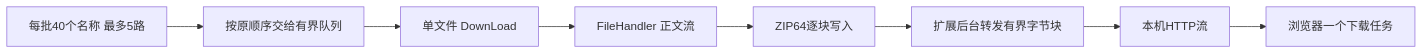
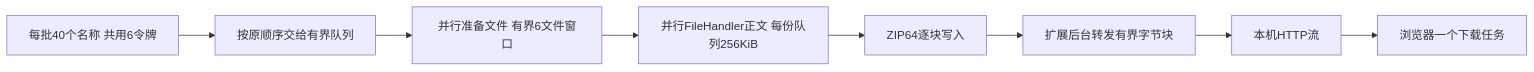
Before and after one commit to haohaizi233/patmail: the diagram in patmail-extension/docs/streaming-download-2026-10-28.md, drawn with Mermaid. The commit also changed other lines of this file and 20 other files, not shown here.

````diff
--- a/patmail-extension/docs/streaming-download-2026-10-28.md
+++ b/patmail-extension/docs/streaming-download-2026-10-28.md
@@ -15,10 +15,10 @@
 ```mermaid
 flowchart LR
-  A[每批40个名称 最多5路] --> B[按原顺序交给有界队列]
-  B --> C[单文件 DownLoad]
-  C --> D[FileHandler 正文流]
+  A[每批40个名称 共用6令牌] --> B[按原顺序交给有界队列]
+  B --> C[并行准备文件 有界6文件窗口]
+  C --> D[并行FileHandler正文 每份队列256KiB]
   D --> E[ZIP64逐块写入]
   E --> F[扩展后台转发有界字节块]
   F --> G[本机HTTP流]
   G --> H[浏览器一个下载任务]
 ```
````
